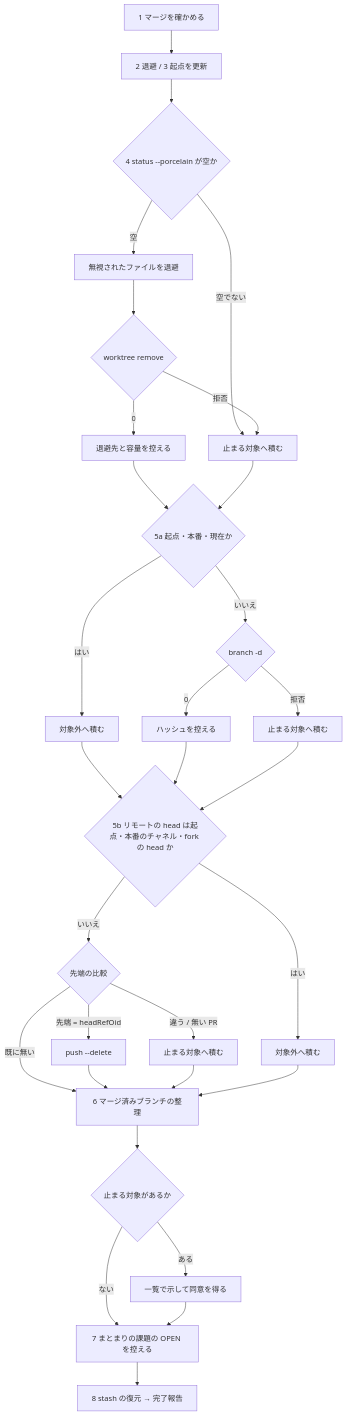
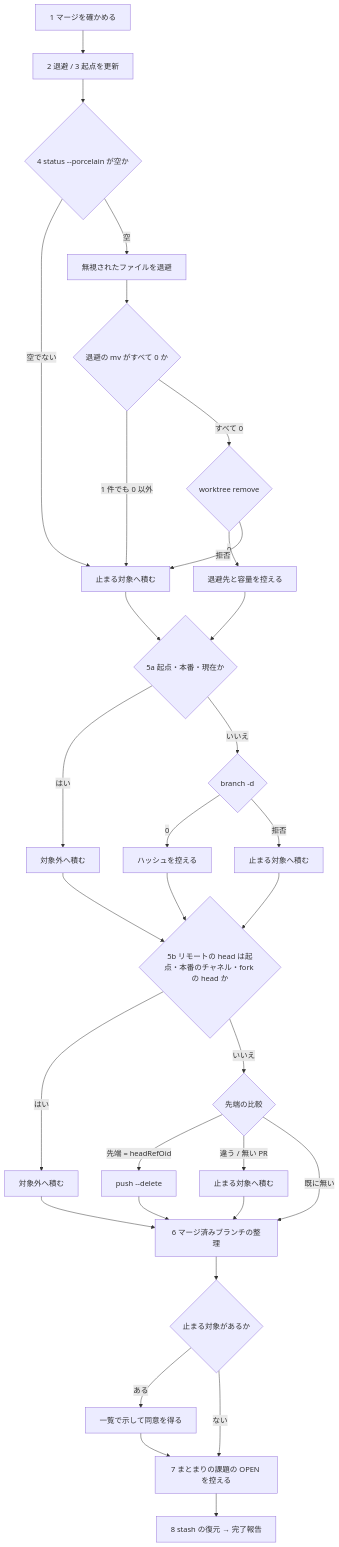
The third of 5 diagrams in issues/issue-561-623-design.md (devbasex/ai-plugins), drawn with Mermaid before and after one commit. The commit also changed other lines of this file and 2 other files, not shown here.

````diff
--- a/issues/issue-561-623-design.md
+++ b/issues/issue-561-623-design.md
@@ -284,32 +289,34 @@
 ```mermaid
 flowchart TD
   A[1 マージを確かめる] --> B[2 退避 / 3 起点を更新]
   B --> C0{4 status --porcelain が空か}
   C0 -->|空でない| S[止まる対象へ積む]
   C0 -->|空| CV[無視されたファイルを退避]
-  CV --> C{worktree remove}
+  CV --> CV0{退避の mv がすべて 0 か}
+  CV0 -->|1 件でも 0 以外| S
+  CV0 -->|すべて 0| C{worktree remove}
   C -->|0| C1[退避先と容量を控える]
   C -->|拒否| S
   C1 --> D{5a 起点・本番・現在か}
   S --> D
   D -->|はい| X[対象外へ積む]
   D -->|いいえ| E{branch -d}
   E -->|0| E1[ハッシュを控える]
   E -->|拒否| S2[止まる対象へ積む]
   X --> F0{5b リモートの head は起点・本番のチャネル・fork の head か}
   E1 --> F0
   S2 --> F0
   F0 -->|はい| X2[対象外へ積む]
   F0 -->|いいえ| F{先端の比較}
   F -->|先端 = headRefOid| F1[push --delete]
   F -->|違う / 無い PR| S3[止まる対象へ積む]
   F -->|既に無い| G
   F1 --> G[6 マージ済みブランチの整理]
   S3 --> G
   X2 --> G
   G --> H{止まる対象があるか}
   H -->|ある| Q[一覧で示して同意を得る]
   H -->|ない| I
   Q --> I[7 まとまりの課題の OPEN を控える]
   I --> J[8 stash の復元 → 完了報告]
 ```
````
